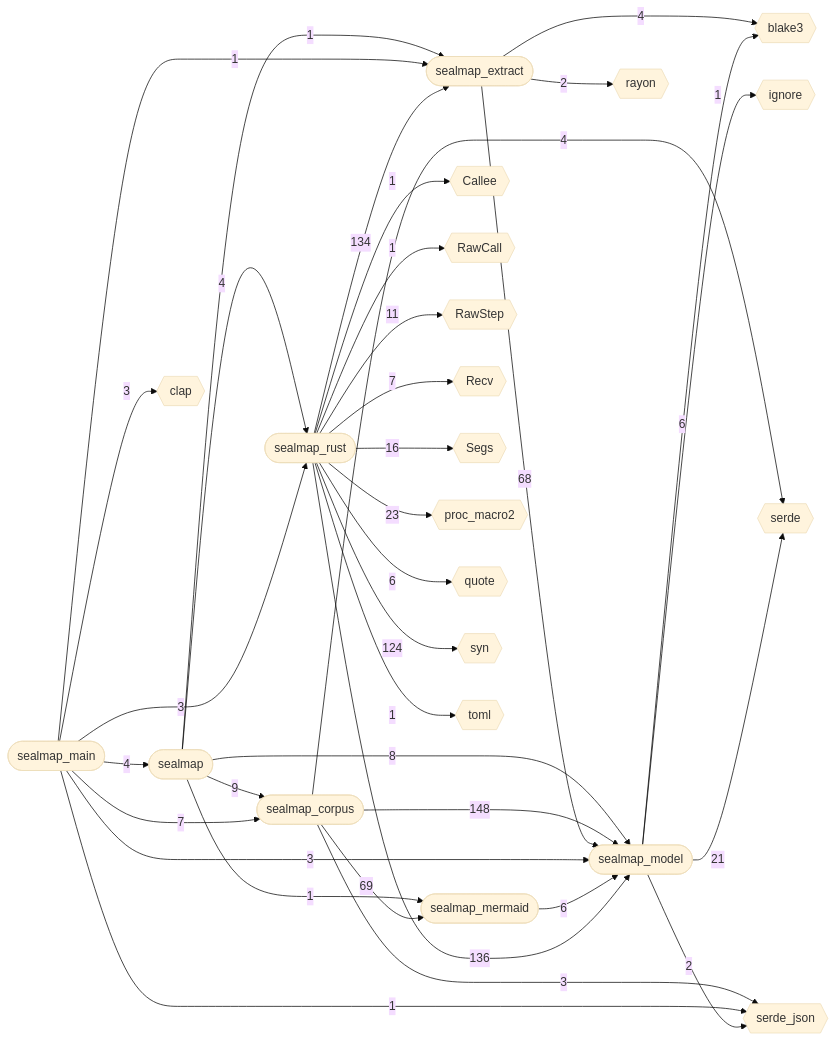
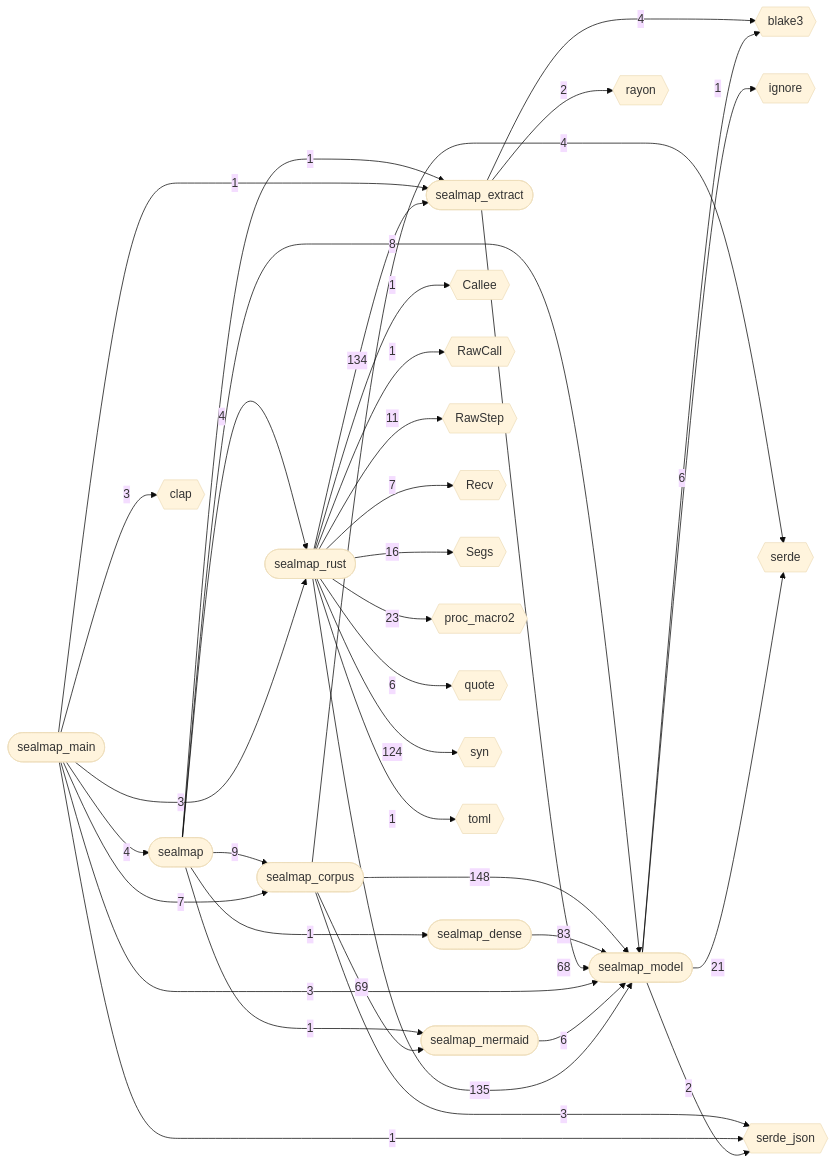
Before and after one commit to DreamLab-AI/codemaid: the first of 14 diagrams in docs/sealmap/_overview.md, drawn with Mermaid (base theme). The commit also changed other lines of this file and 28 other files, not shown here.

First line of the commit message:
feat(sealmap-dense): the compact agent projection

````diff
--- a/docs/sealmap/_overview.md
+++ b/docs/sealmap/_overview.md
@@ -10,60 +10,63 @@
 ```mermaid
 flowchart LR
   sealmap(["sealmap"])
   sealmap_corpus(["sealmap_corpus"])
+  sealmap_dense(["sealmap_dense"])
   sealmap_extract(["sealmap_extract"])
   sealmap_main(["sealmap_main"])
   sealmap_mermaid(["sealmap_mermaid"])
   sealmap_model(["sealmap_model"])
   sealmap_rust(["sealmap_rust"])
   Callee{{"Callee"}}
   RawCall{{"RawCall"}}
   RawStep{{"RawStep"}}
   Recv{{"Recv"}}
   Segs{{"Segs"}}
   blake3{{"blake3"}}
   clap{{"clap"}}
   ignore{{"ignore"}}
   proc_macro2{{"proc_macro2"}}
   quote{{"quote"}}
   rayon{{"rayon"}}
   serde{{"serde"}}
   serde_json{{"serde_json"}}
   syn{{"syn"}}
   toml{{"toml"}}
   sealmap -->|"9"| sealmap_corpus
+  sealmap -->|"1"| sealmap_dense
   sealmap -->|"1"| sealmap_extract
   sealmap -->|"1"| sealmap_mermaid
   sealmap -->|"8"| sealmap_model
   sealmap -->|"4"| sealmap_rust
   sealmap_corpus -->|"69"| sealmap_mermaid
   sealmap_corpus -->|"148"| sealmap_model
   sealmap_corpus -->|"4"| serde
   sealmap_corpus -->|"3"| serde_json
+  sealmap_dense -->|"83"| sealmap_model
   sealmap_extract -->|"4"| blake3
   sealmap_extract -->|"2"| rayon
   sealmap_extract -->|"68"| sealmap_model
   sealmap_main -->|"3"| clap
   sealmap_main -->|"4"| sealmap
   sealmap_main -->|"7"| sealmap_corpus
   sealmap_main -->|"1"| sealmap_extract
   sealmap_main -->|"3"| sealmap_model
   sealmap_main -->|"3"| sealmap_rust
   sealmap_main -->|"1"| serde_json
   sealmap_mermaid -->|"6"| sealmap_model
   sealmap_model -->|"6"| blake3
   sealmap_model -->|"1"| ignore
   sealmap_model -->|"21"| serde
   sealmap_model -->|"2"| serde_json
   sealmap_rust -->|"1"| Callee
   sealmap_rust -->|"1"| RawCall
   sealmap_rust -->|"11"| RawStep
   sealmap_rust -->|"7"| Recv
   sealmap_rust -->|"16"| Segs
   sealmap_rust -->|"23"| proc_macro2
   sealmap_rust -->|"6"| quote
   sealmap_rust -->|"134"| sealmap_extract
-  sealmap_rust -->|"136"| sealmap_model
+  sealmap_rust -->|"135"| sealmap_model
   sealmap_rust -->|"124"| syn
   sealmap_rust -->|"1"| toml
 ```
````
